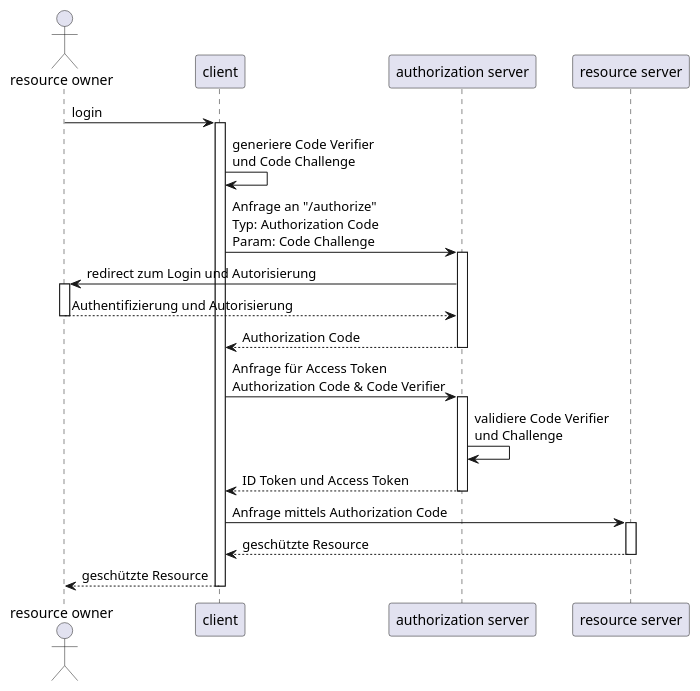
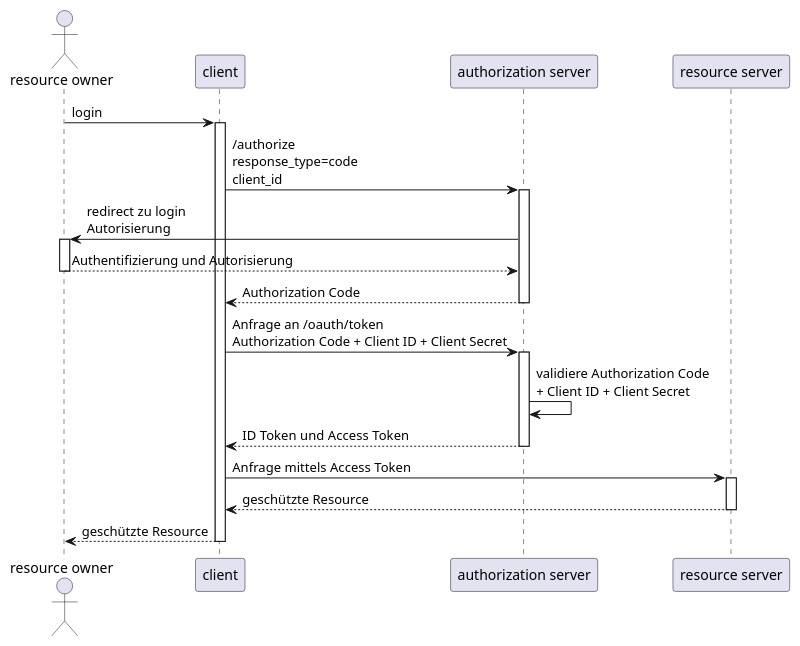
The second of 4 diagrams in 5_auth-flows.md (gaerfield/2021-08-oauth2-talk), drawn with PlantUML before and after one commit. The commit also changed other lines of this file and 3 other files, not shown here.

````diff
--- a/5_auth-flows.md
+++ b/5_auth-flows.md
@@ -29,19 +45,18 @@
 ```puml
 actor "resource owner" as user
 participant "client" as app
 participant "authorization server" as auth
 participant "resource server" as backend
 
 user -> app++ : login
-app -> app : generiere Code Verifier\nund Code Challenge
-app -> auth++ : Anfrage an "/authorize"\nTyp: Authorization Code\nParam: Code Challenge
-auth -> user++ : redirect zum Login und Autorisierung
+app -> auth++ : /authorize\nresponse_type=code\nclient_id
+auth -> user++ : redirect zu login\nAutorisierung
 return Authentifizierung und Autorisierung
 return Authorization Code
-app -> auth++ : Anfrage für Access Token\nAuthorization Code & Code Verifier
-auth -> auth : validiere Code Verifier\nund Challenge
+app -> auth++ : Anfrage an /oauth/token\nAuthorization Code + Client ID + Client Secret
+auth -> auth : validiere Authorization Code\n+ Client ID + Client Secret
 return ID Token und Access Token
-app -> backend++ : Anfrage mittels Authorization Code
+app -> backend++ : Anfrage mittels Access Token
 return geschützte Resource
 return geschützte Resource
 ```
````
